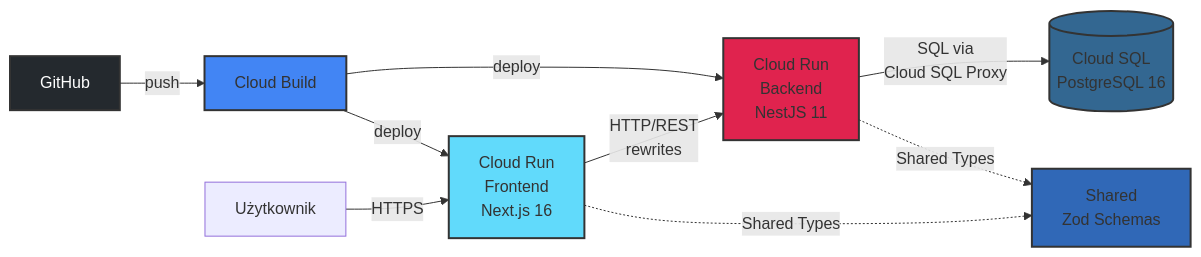
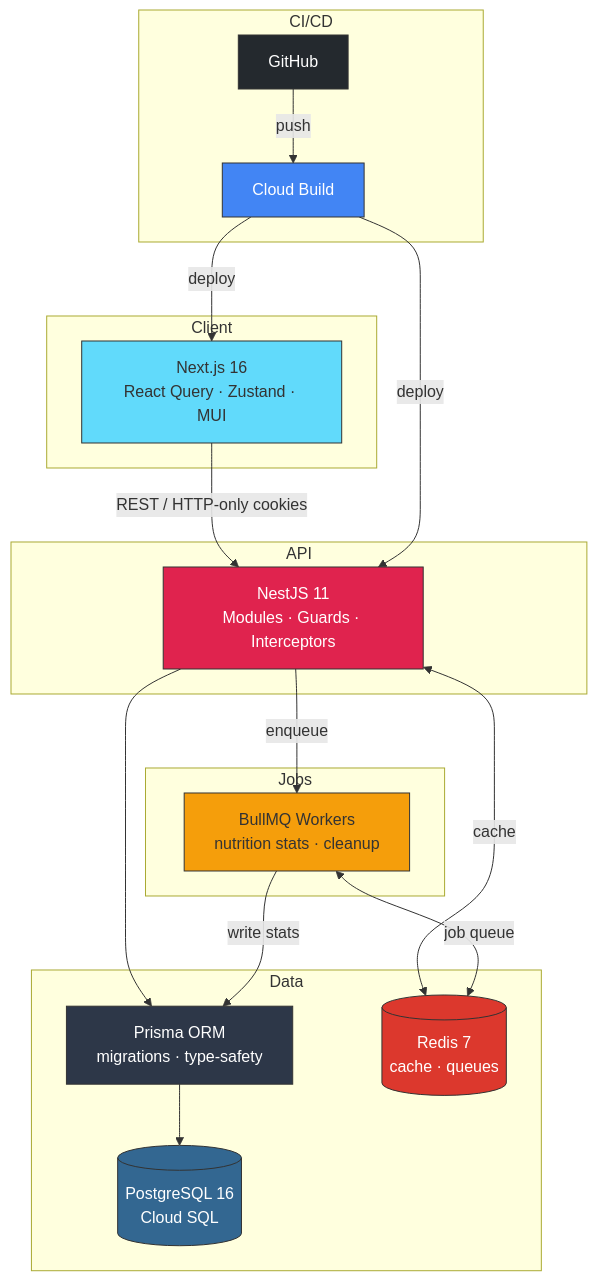
Before and after one commit to KacperGora/GymPal-Fullstack: the diagram in README.md, drawn with Mermaid. The commit also changed other lines of this file and 12 other files, not shown here.

First line of the commit message:
feat: add Redis + BullMQ async job queue for nutrition stats

````diff
--- a/README.md
+++ b/README.md
@@ -57,18 +25,43 @@
 ```mermaid
-graph LR
-    U[Użytkownik] -->|HTTPS| A
-    A[Cloud Run<br/>Frontend<br/>Next.js 16] -->|HTTP/REST<br/>rewrites| B[Cloud Run<br/>Backend<br/>NestJS 11]
-    B -->|SQL via<br/>Cloud SQL Proxy| C[(Cloud SQL<br/>PostgreSQL 16)]
-    A -.->|Shared Types| D[Shared<br/>Zod Schemas]
-    B -.->|Shared Types| D
-    GH[GitHub] -->|push| CB[Cloud Build]
-    CB -->|deploy| A
-    CB -->|deploy| B
+graph TD
+    subgraph Client
+        N[Next.js 16<br/>React Query · Zustand · MUI]
+    end
 
-    style A fill:#61dafb,stroke:#333,stroke-width:2px
-    style B fill:#e0234e,stroke:#333,stroke-width:2px
-    style C fill:#336791,stroke:#333,stroke-width:2px
-    style D fill:#3068b7,stroke:#333,stroke-width:2px
-    style CB fill:#4285f4,stroke:#333,stroke-width:2px
-    style GH fill:#24292e,color:#fff,stroke:#333,stroke-width:2px
+    subgraph API
+        NE[NestJS 11<br/>Modules · Guards · Interceptors]
+    end
+
+    subgraph Data
+        PG[(PostgreSQL 16<br/>Cloud SQL)]
+        PR[Prisma ORM<br/>migrations · type-safety]
+        RD[(Redis 7<br/>cache · queues)]
+    end
+
+    subgraph Jobs
+        BQ[BullMQ Workers<br/>nutrition stats · cleanup]
+    end
+
+    N -->|REST / HTTP-only cookies| NE
+    NE --> PR
+    PR --> PG
+    NE <-->|cache| RD
+    NE -->|enqueue| BQ
+    BQ -->|write stats| PR
+    BQ <-->|job queue| RD
+
+    subgraph CICD[CI/CD]
+        GH[GitHub] -->|push| CB[Cloud Build]
+        CB -->|deploy| N
+        CB -->|deploy| NE
+    end
+
+    style N fill:#61dafb,stroke:#333
+    style NE fill:#e0234e,color:#fff,stroke:#333
+    style PG fill:#336791,color:#fff,stroke:#333
+    style PR fill:#2d3748,color:#fff,stroke:#333
+    style RD fill:#dc382d,color:#fff,stroke:#333
+    style BQ fill:#f59e0b,stroke:#333
+    style CB fill:#4285f4,color:#fff,stroke:#333
+    style GH fill:#24292e,color:#fff,stroke:#333
 ```
````
